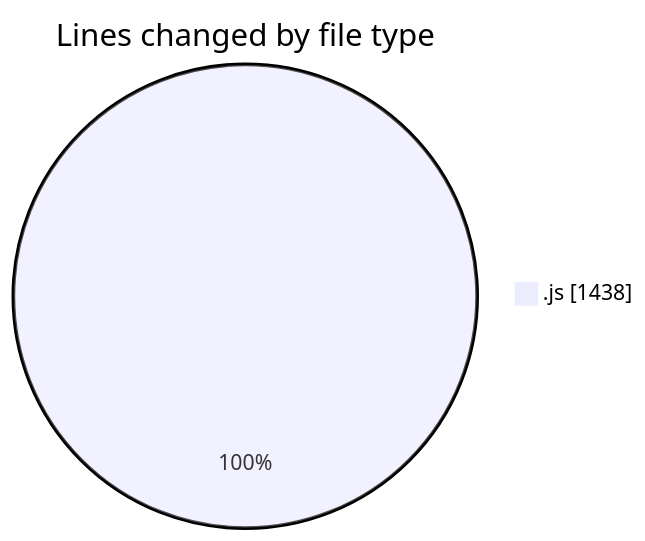
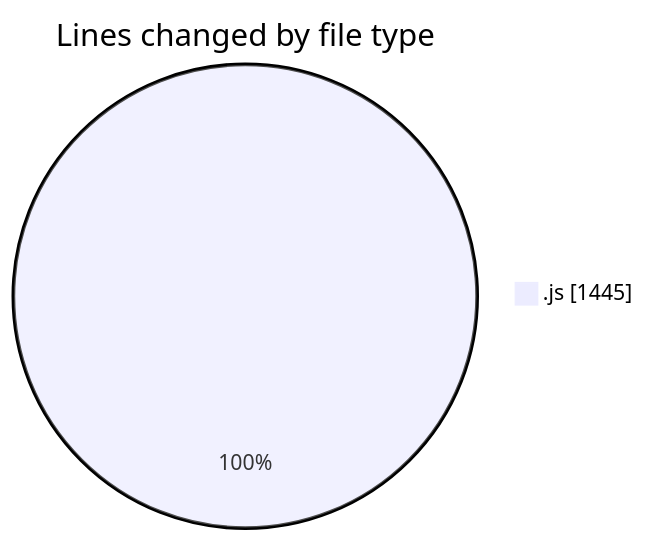
The first of 2 diagrams in 2025-03-13/cda/README.md (momahboobian/code-tracking), drawn with Mermaid before and after one commit. The commit also changed other lines of this file and 1 other file, not shown here.

````diff
--- a/2025-03-13/cda/README.md
+++ b/2025-03-13/cda/README.md
@@ -22,5 +22,5 @@
 ```mermaid
 pie showData
 title Lines changed by file type
-".js" : 1438
+".js" : 1445
 ```
````
